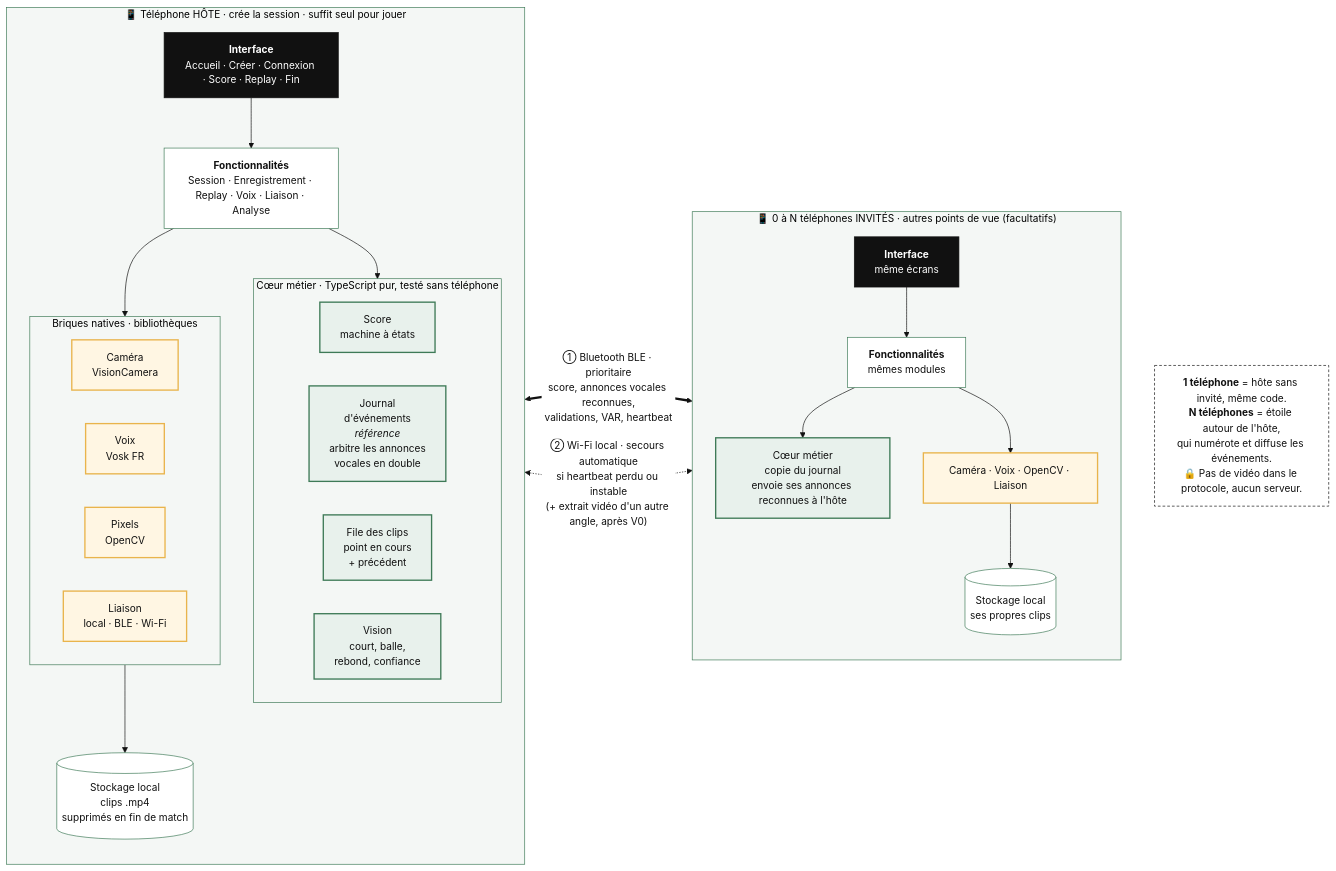
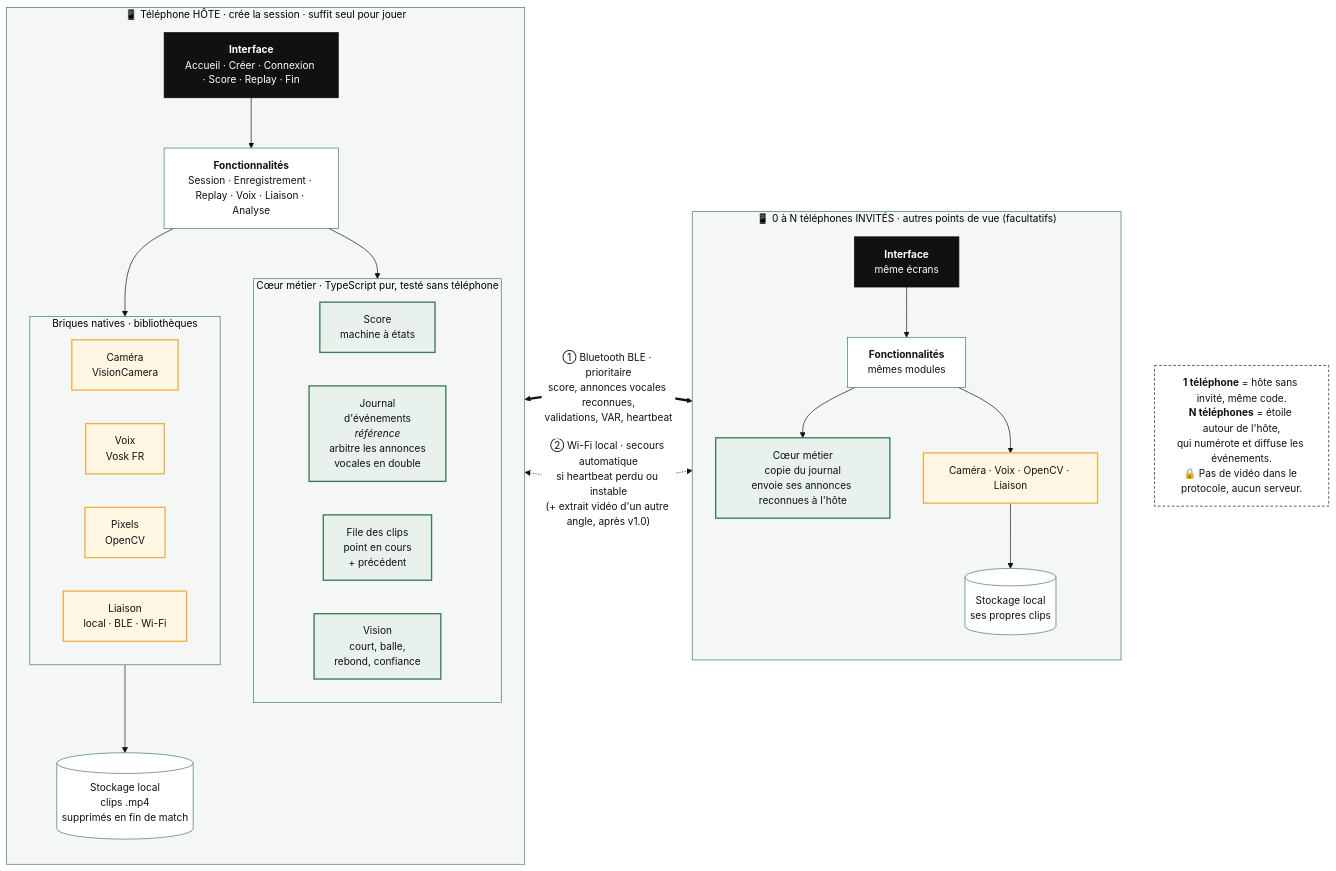
One commit to B0TAstro/temoin changed the diagram in docs/schemas/architecture.mmd. Above: the diagram before and after it, drawn with Mermaid. The commit also changed 5 other files, not shown here.

First line of the commit message:
docs: split the roadmap into small releases from v0.0 to v1.0

```diff
--- a/docs/schemas/architecture.mmd
+++ b/docs/schemas/architecture.mmd
@@ -1,51 +1,51 @@
 %%{init: {'theme':'base','themeVariables':{'fontFamily':'Helvetica, Arial','fontSize':'15px','primaryColor':'#FFFFFF','primaryTextColor':'#111111','primaryBorderColor':'#3E7A57','lineColor':'#111111','clusterBkg':'#F4F7F5','clusterBorder':'#3E7A57'}}}%%
 flowchart LR
   subgraph A["📱 Téléphone HÔTE · crée la session · suffit seul pour jouer"]
     direction TB
     A_UI["<b>Interface</b><br/>Accueil · Créer · Connexion · Score · Replay · Fin"]
     A_F["<b>Fonctionnalités</b><br/>Session · Enregistrement · Replay · Voix · Liaison · Analyse"]
     subgraph A_CORE["Cœur métier · TypeScript pur, testé sans téléphone"]
       direction LR
       A_S["Score<br/>machine à états"]
       A_J["Journal<br/>d'événements<br/><i>référence</i><br/>arbitre les annonces<br/>vocales en double"]
       A_C["File des clips<br/>point en cours<br/>+ précédent"]
       A_V["Vision<br/>court, balle,<br/>rebond, confiance"]
     end
     subgraph A_NAT["Briques natives · bibliothèques"]
       direction LR
       A_CAM["Caméra<br/>VisionCamera"]
       A_MIC["Voix<br/>Vosk FR"]
       A_CV["Pixels<br/>OpenCV"]
       A_LINK["Liaison<br/>local · BLE · Wi-Fi"]
     end
     A_DISK[("Stockage local<br/>clips .mp4<br/>supprimés en fin de match")]
     A_UI --> A_F --> A_CORE
     A_F --> A_NAT
     A_CAM --> A_DISK
   end
 
   subgraph B["📱 0 à N téléphones INVITÉS · autres points de vue (facultatifs)"]
     direction TB
     B_UI["<b>Interface</b><br/>même écrans"]
     B_F["<b>Fonctionnalités</b><br/>mêmes modules"]
     B_CORE["Cœur métier<br/>copie du journal<br/>envoie ses annonces reconnues à l'hôte"]
     B_NAT["Caméra · Voix · OpenCV · Liaison"]
     B_DISK[("Stockage local<br/>ses propres clips")]
     B_UI --> B_F --> B_CORE
     B_F --> B_NAT --> B_DISK
   end
 
   A_LINK <== "① Bluetooth BLE · prioritaire<br/>score, annonces vocales reconnues,<br/>validations, VAR, heartbeat" ==> B_NAT
-  A_LINK <-. "② Wi-Fi local · secours automatique<br/>si heartbeat perdu ou instable<br/>(+ extrait vidéo d'un autre angle, après V0)" .-> B_NAT
+  A_LINK <-. "② Wi-Fi local · secours automatique<br/>si heartbeat perdu ou instable<br/>(+ extrait vidéo d'un autre angle, après v1.0)" .-> B_NAT
 
   NOTE["<b>1 téléphone</b> = hôte sans invité, même code.<br/><b>N téléphones</b> = étoile autour de l'hôte,<br/>qui numérote et diffuse les événements.<br/>🔒 Pas de vidéo dans le protocole, aucun serveur."]
   B ~~~ NOTE
 
   classDef core fill:#E8F1EC,stroke:#3E7A57,stroke-width:2px,color:#111111
   classDef nat fill:#FFF6E3,stroke:#E9B44C,stroke-width:2px,color:#111111
   classDef ui fill:#111111,stroke:#111111,color:#FFFFFF
   classDef note fill:#FFFFFF,stroke:#111111,stroke-dasharray:4 3,color:#111111
   class A_S,A_J,A_C,A_V,B_CORE core
   class A_CAM,A_MIC,A_CV,A_LINK,B_NAT nat
   class A_UI,B_UI ui
   class NOTE note
```
